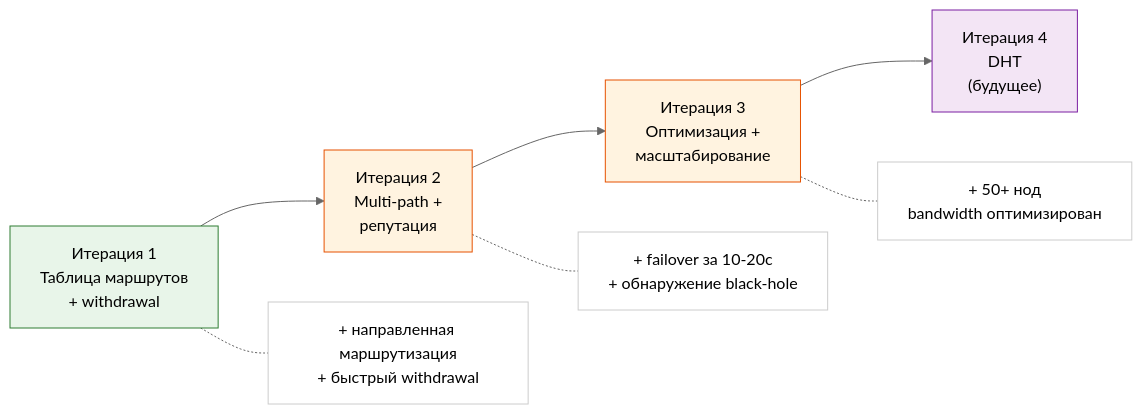
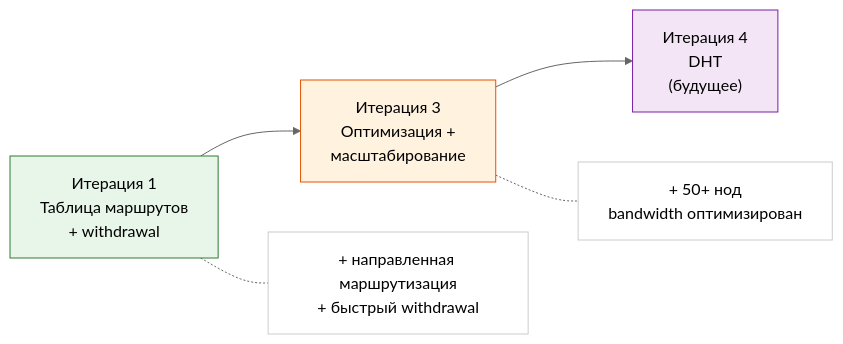
Before and after one commit to piratecash/corsa: the second of 23 diagrams in docs/roadmap.ru.md, drawn with Mermaid (neutral theme). The commit also changed other lines of this file and 53 other files, not shown here.

````diff
--- a/docs/roadmap.ru.md
+++ b/docs/roadmap.ru.md
@@ -735,21 +540,17 @@
 ```mermaid
 graph LR
     I1["Итерация 1<br/>Таблица маршрутов<br/>+ withdrawal"]
-    I2["Итерация 2<br/>Multi-path +<br/>репутация"]
     I3["Итерация 3<br/>Оптимизация +<br/>масштабирование"]
     I4["Итерация 4<br/>DHT<br/>(будущее)"]
 
-    I1 --> I2 --> I3 --> I4
+    I1 --> I3 --> I4
 
     I1 -.- W1["+ направленная маршрутизация<br/>+ быстрый withdrawal"]
-    I2 -.- W2["+ failover за 10-20с<br/>+ обнаружение black-hole"]
     I3 -.- W3["+ 50+ нод<br/>bandwidth оптимизирован"]
 
     style I1 fill:#e8f5e9,stroke:#2e7d32
-    style I2 fill:#fff3e0,stroke:#e65100
     style I3 fill:#fff3e0,stroke:#e65100
     style I4 fill:#f3e5f5,stroke:#7b1fa2
     style W1 fill:#ffffff,stroke:#ccc
-    style W2 fill:#ffffff,stroke:#ccc
     style W3 fill:#ffffff,stroke:#ccc
 ```
````
